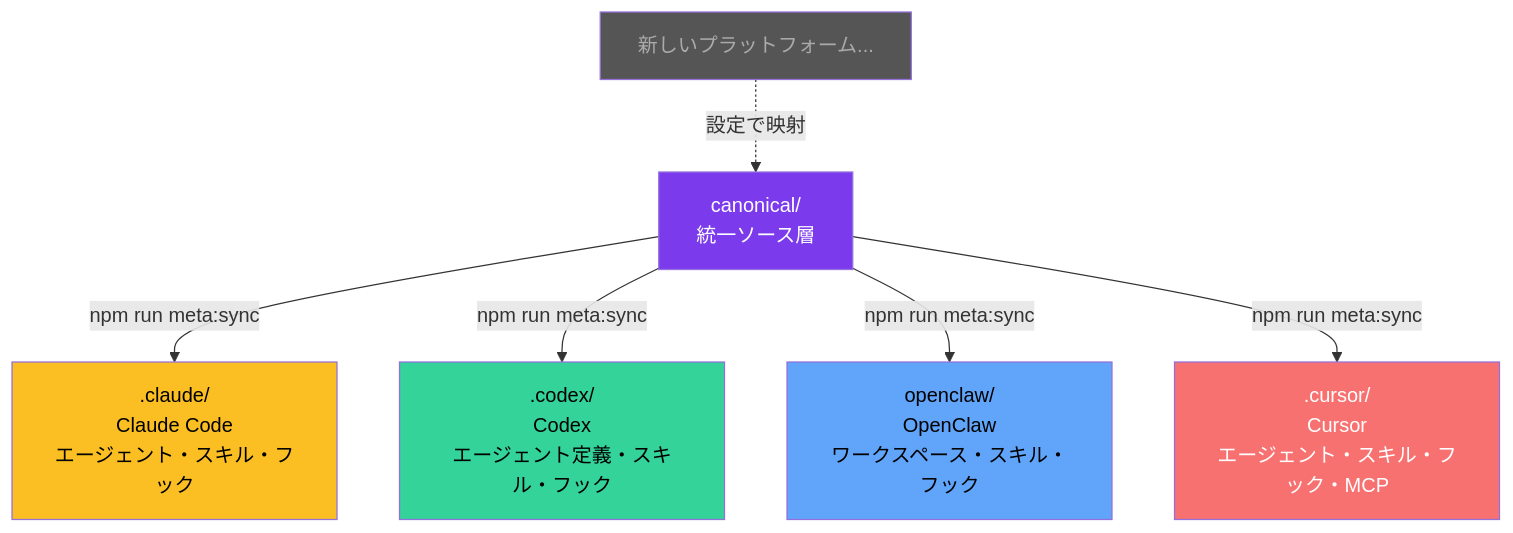
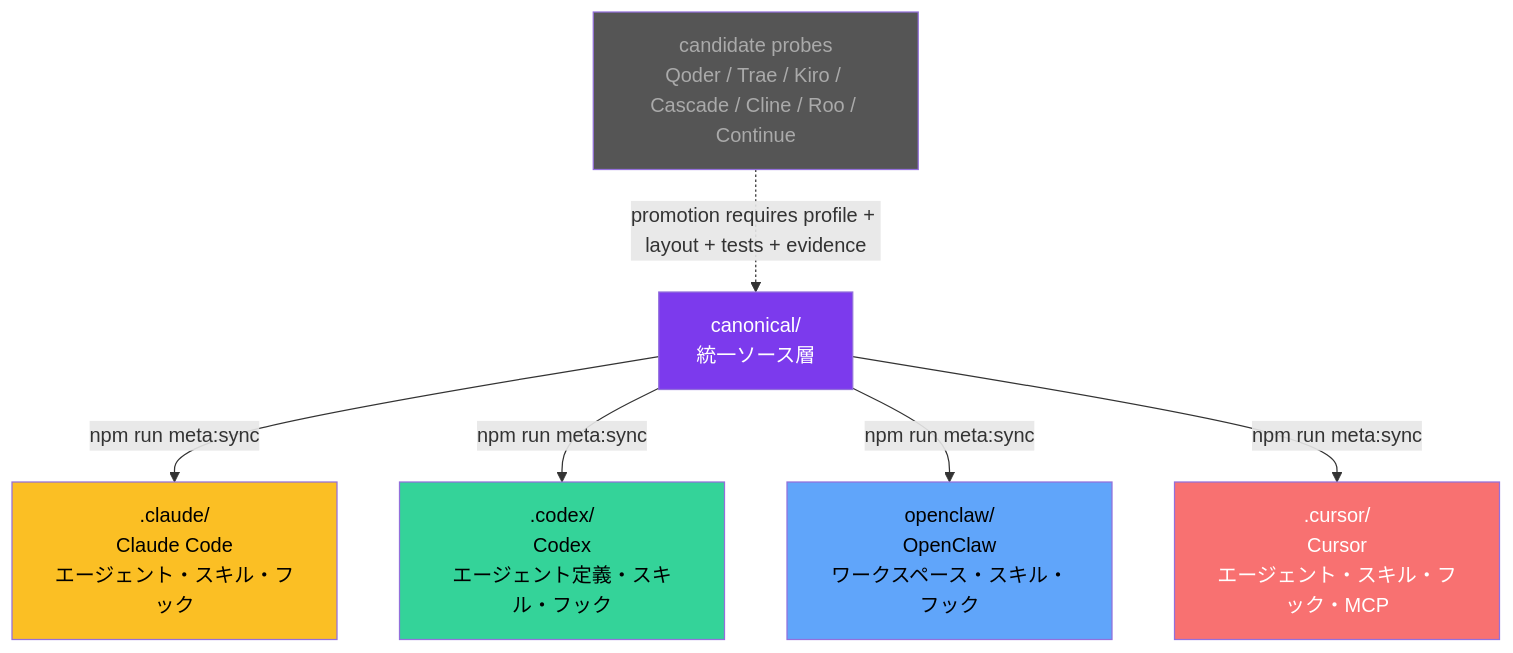
One commit to chouyong/Meta_Kim changed the eighth of 9 diagrams in README.ja-JP.md. Above: the diagram before and after it, drawn with Mermaid. The commit also changed other lines of this file and 23 other files, not shown here.

````diff
--- a/README.ja-JP.md
+++ b/README.ja-JP.md
@@ -490,18 +495,18 @@
 ```mermaid
 flowchart TB
     CANONICAL["canonical/<br/>統一ソース層"]
 
     CANONICAL --> |npm run meta:sync| CLAUDE[".claude/<br/>Claude Code<br/>エージェント・スキル・フック"]
     CANONICAL --> |npm run meta:sync| CODEX[".codex/<br/>Codex<br/>エージェント定義・スキル・フック"]
     CANONICAL --> |npm run meta:sync| OPENCLAW["openclaw/<br/>OpenClaw<br/>ワークスペース・スキル・フック"]
     CANONICAL --> |npm run meta:sync| CURSOR[".cursor/<br/>Cursor<br/>エージェント・スキル・フック・MCP"]
 
-    NEW[新しいプラットフォーム...] -.-> |設定で映射| CANONICAL
+    CANDIDATE["candidate probes<br/>Qoder / Trae / Kiro / Cascade / Cline / Roo / Continue"] -.-> |promotion requires profile + layout + tests + evidence| CANONICAL
 
     style CANONICAL fill:#7c3aed,color:#fff
     style CLAUDE fill:#fbbf24,color:#000
     style CODEX fill:#34d399,color:#000
     style OPENCLAW fill:#60a5fa,color:#000
     style CURSOR fill:#f87171,color:#fff
-    style NEW fill:#555,color:#aaa
+    style CANDIDATE fill:#555,color:#aaa
 ```
````
